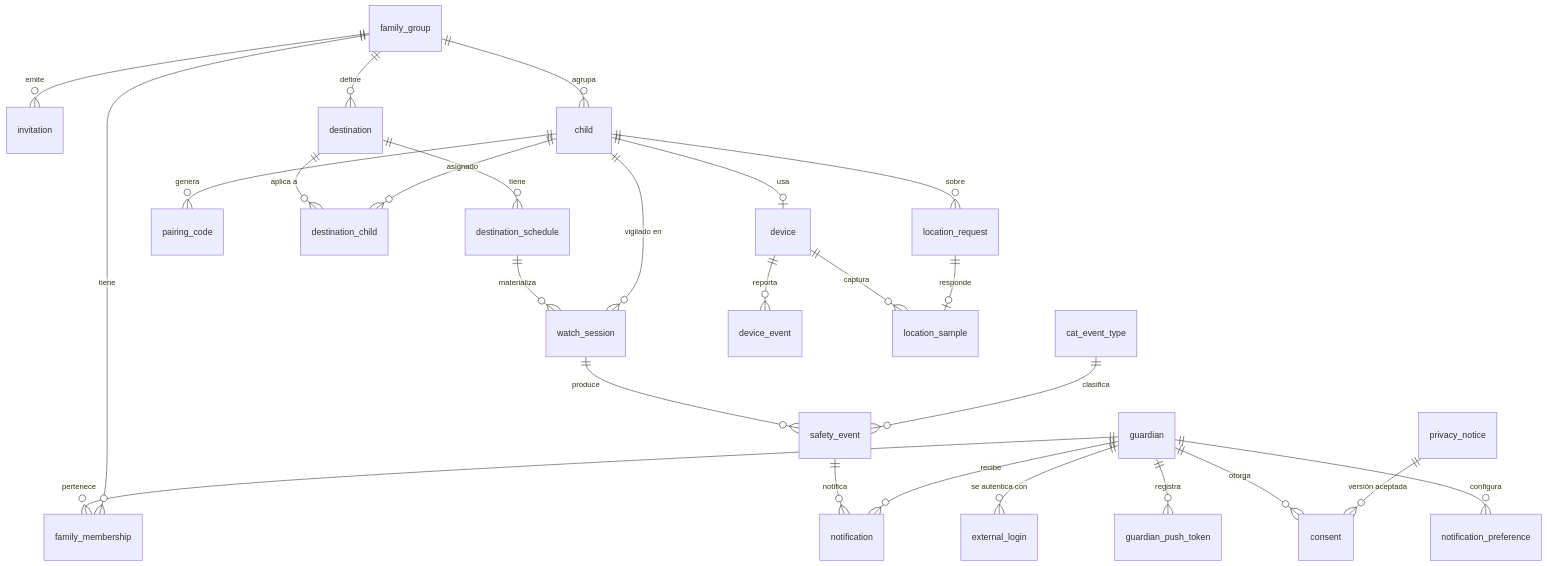
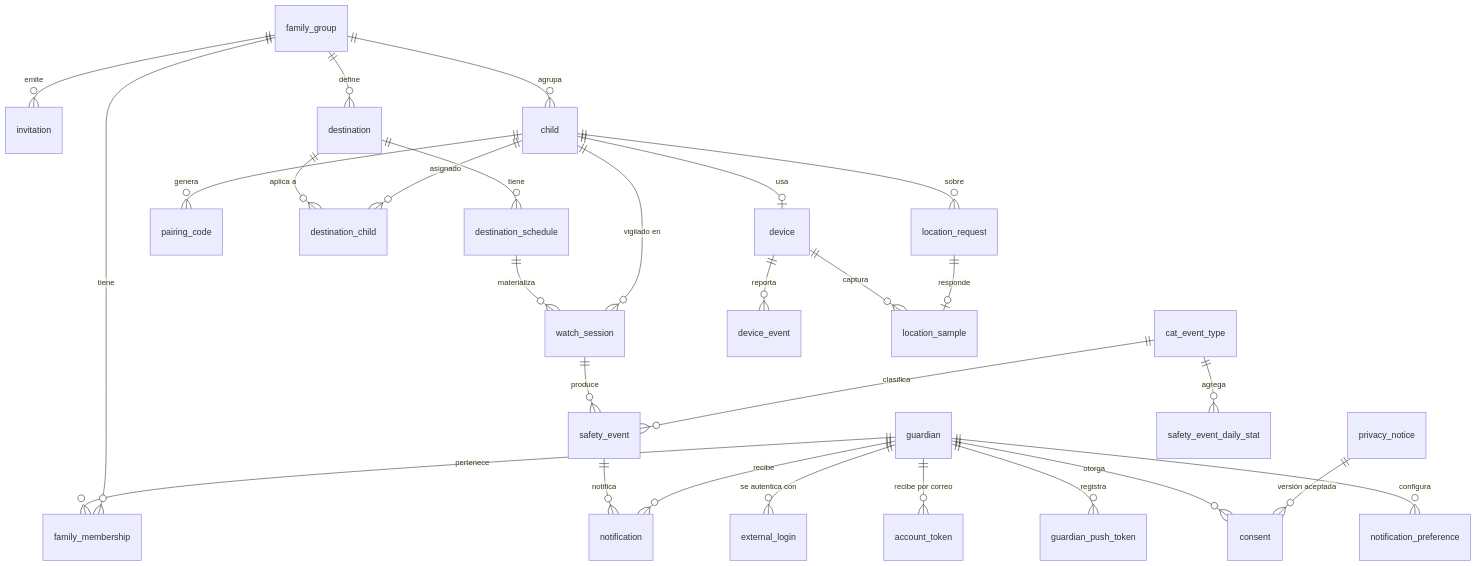
Before and after one commit to darvysoriano/saferoute-app: the seventh of 12 diagrams in docs/sdd/SDD-SafeRoute.md, drawn with Mermaid. The commit also changed other lines of this file and 5 other files, not shown here.

````diff
--- a/docs/sdd/SDD-SafeRoute.md
+++ b/docs/sdd/SDD-SafeRoute.md
@@ -744,28 +768,30 @@
 ```mermaid
 erDiagram
     guardian ||--o{ family_membership : "pertenece"
     family_group ||--o{ family_membership : "tiene"
     family_group ||--o{ invitation : "emite"
     family_group ||--o{ child : "agrupa"
     family_group ||--o{ destination : "define"
     guardian ||--o{ external_login : "se autentica con"
+    guardian ||--o{ account_token : "recibe por correo"
     guardian ||--o{ guardian_push_token : "registra"
     guardian ||--o{ consent : "otorga"
     privacy_notice ||--o{ consent : "versión aceptada"
     guardian ||--o{ notification_preference : "configura"
     child ||--o| device : "usa"
     child ||--o{ pairing_code : "genera"
     destination ||--o{ destination_child : "aplica a"
     child ||--o{ destination_child : "asignado"
     destination ||--o{ destination_schedule : "tiene"
     destination_schedule ||--o{ watch_session : "materializa"
     child ||--o{ watch_session : "vigilado en"
     watch_session ||--o{ safety_event : "produce"
     cat_event_type ||--o{ safety_event : "clasifica"
+    cat_event_type ||--o{ safety_event_daily_stat : "agrega"
     device ||--o{ device_event : "reporta"
     device ||--o{ location_sample : "captura"
     location_request ||--o| location_sample : "responde"
     child ||--o{ location_request : "sobre"
     safety_event ||--o{ notification : "notifica"
     guardian ||--o{ notification : "recibe"
 ```
````
